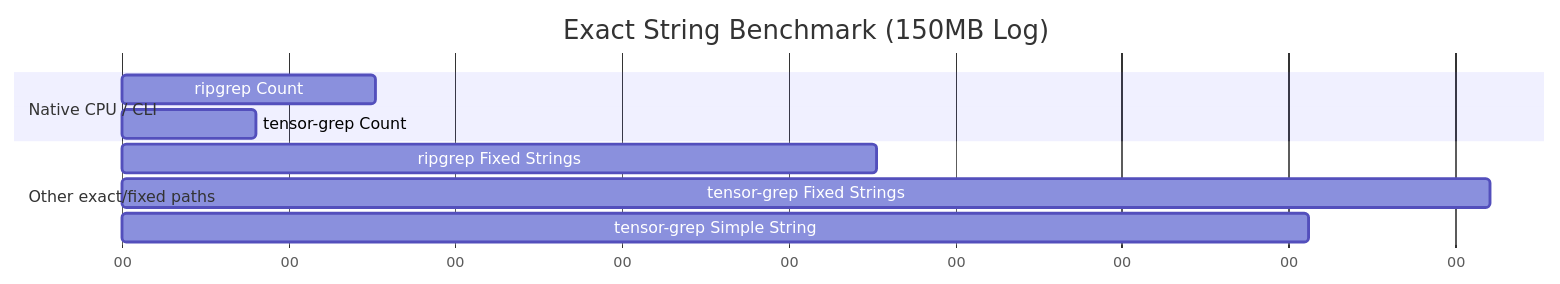
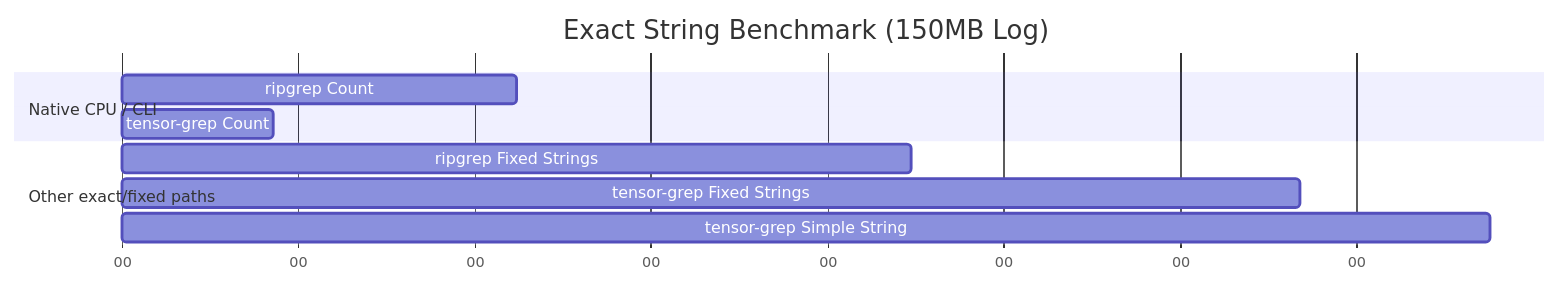
One commit to oimiragieo/tensor-grep changed the third of 3 diagrams in docs/PAPER.md. Above: the diagram before and after it, drawn with Mermaid. The commit also changed other lines of this file and 6 other files, not shown here.

````diff
--- a/docs/PAPER.md
+++ b/docs/PAPER.md
@@ -124,15 +124,15 @@
 ```mermaid
 gantt
     title Exact String Benchmark (150MB Log)
     dateFormat  s
     axisFormat %S
     
     section Native CPU / CLI
-    ripgrep Count              :a1, 0, 0.152s
-    tensor-grep Count          :a2, 0, 0.080s
+    ripgrep Count              :a1, 0, 0.224s
+    tensor-grep Count          :a2, 0, 0.086s
     
     section Other exact/fixed paths
-    ripgrep Fixed Strings      :a3, 0, 0.453s
-    tensor-grep Fixed Strings  :a4, 0, 0.821s
-    tensor-grep Simple String  :a5, 0, 0.712s
+    ripgrep Fixed Strings      :a3, 0, 0.448s
+    tensor-grep Fixed Strings  :a4, 0, 0.668s
+    tensor-grep Simple String  :a5, 0, 0.776s
 ```
````
